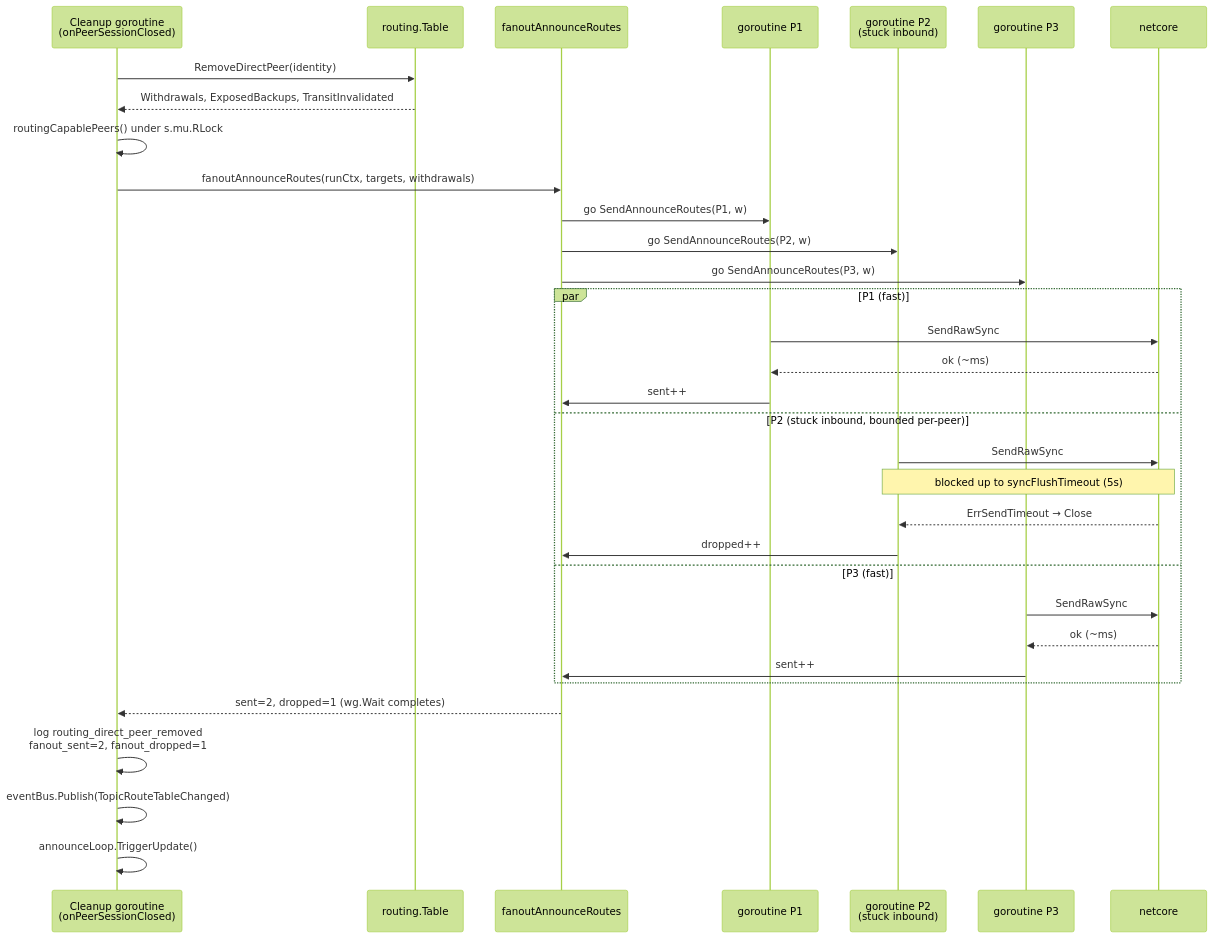
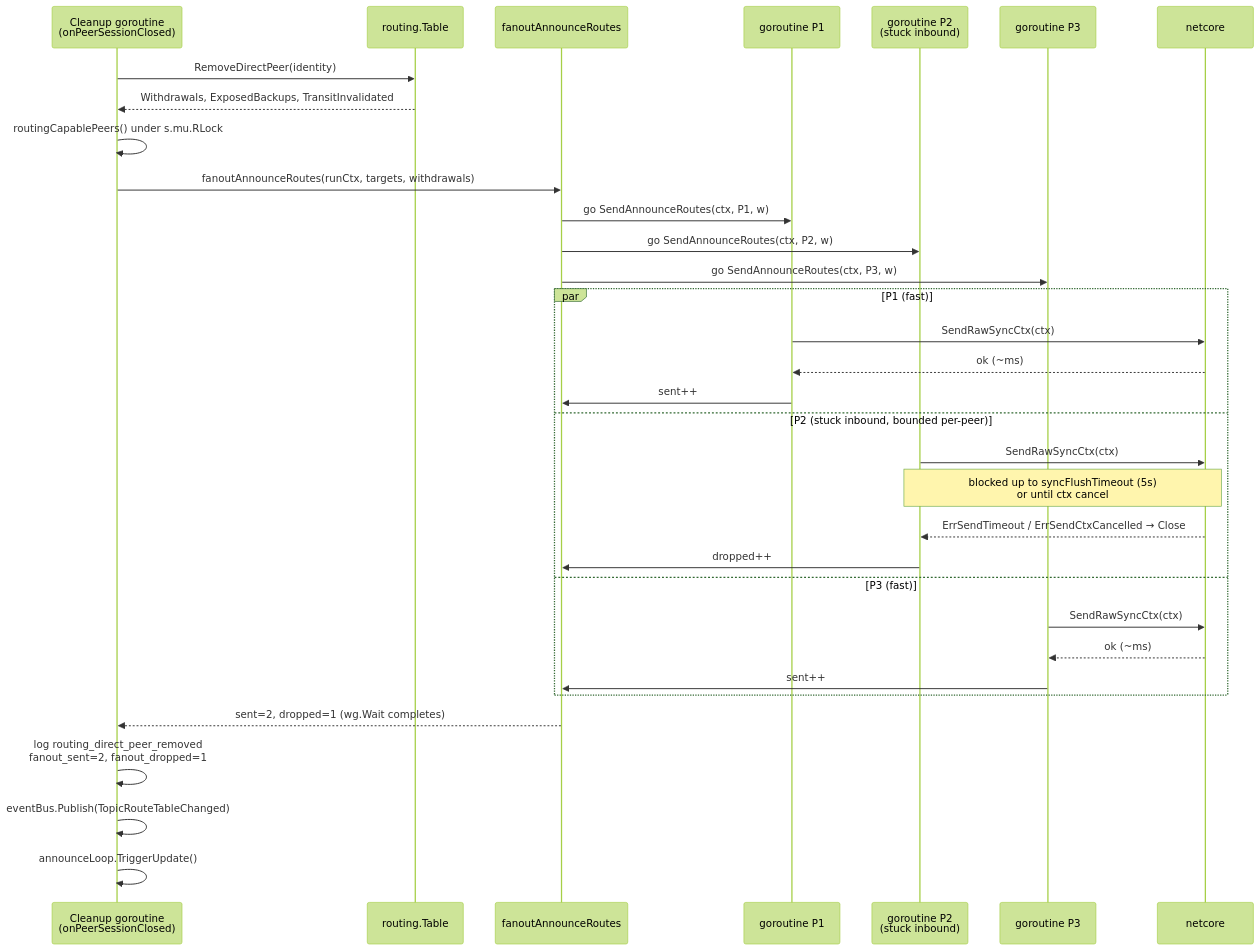
One commit to piratecash/corsa changed diagram 12 of 22 in docs/routing.md. Above: the diagram before and after it, drawn with Mermaid (forest theme). The commit also changed other lines of this file and 23 other files, not shown here.

Commit message:
fix(netcore): honor caller ctx in sync inbound writes

````diff
--- a/docs/routing.md
+++ b/docs/routing.md
@@ -300,36 +300,36 @@
 ```mermaid
 sequenceDiagram
     participant CL as Cleanup goroutine<br/>(onPeerSessionClosed)
     participant RT as routing.Table
     participant FO as fanoutAnnounceRoutes
     participant G1 as goroutine P1
     participant G2 as goroutine P2<br/>(stuck inbound)
     participant G3 as goroutine P3
     participant N as netcore
 
     CL->>RT: RemoveDirectPeer(identity)
     RT-->>CL: Withdrawals, ExposedBackups, TransitInvalidated
     CL->>CL: routingCapablePeers() under s.mu.RLock
     CL->>FO: fanoutAnnounceRoutes(runCtx, targets, withdrawals)
-    FO->>G1: go SendAnnounceRoutes(P1, w)
-    FO->>G2: go SendAnnounceRoutes(P2, w)
-    FO->>G3: go SendAnnounceRoutes(P3, w)
+    FO->>G1: go SendAnnounceRoutes(ctx, P1, w)
+    FO->>G2: go SendAnnounceRoutes(ctx, P2, w)
+    FO->>G3: go SendAnnounceRoutes(ctx, P3, w)
     par P1 (fast)
-        G1->>N: SendRawSync
+        G1->>N: SendRawSyncCtx(ctx)
         N-->>G1: ok (~ms)
         G1->>FO: sent++
     and P2 (stuck inbound, bounded per-peer)
-        G2->>N: SendRawSync
-        Note over G2,N: blocked up to syncFlushTimeout (5s)
-        N-->>G2: ErrSendTimeout → Close
+        G2->>N: SendRawSyncCtx(ctx)
+        Note over G2,N: blocked up to syncFlushTimeout (5s)<br/>or until ctx cancel
+        N-->>G2: ErrSendTimeout / ErrSendCtxCancelled → Close
         G2->>FO: dropped++
     and P3 (fast)
-        G3->>N: SendRawSync
+        G3->>N: SendRawSyncCtx(ctx)
         N-->>G3: ok (~ms)
         G3->>FO: sent++
     end
     FO-->>CL: sent=2, dropped=1 (wg.Wait completes)
     CL->>CL: log routing_direct_peer_removed<br/>fanout_sent=2, fanout_dropped=1
     CL->>CL: eventBus.Publish(TopicRouteTableChanged)
     CL->>CL: announceLoop.TriggerUpdate()
 ```
````
